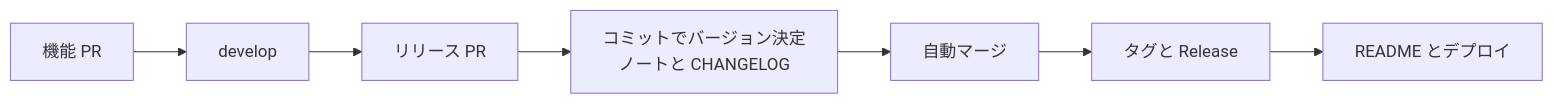
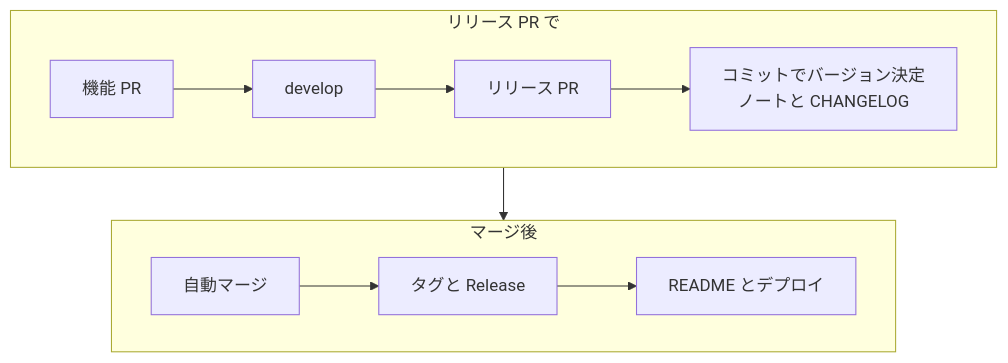
The first of 2 diagrams in README.ja.md (Twin-Fang/project-auto-wizard), drawn with Mermaid before and after one commit. The commit also changed 3 other files, not shown here.

Commit message:
docs: README pr-flow 흐름도를 릴리스 PR과 머지 이후 두 줄로 나눔 (#416)

````diff
--- a/README.ja.md
+++ b/README.ja.md
@@ -123,4 +123,12 @@
 ```mermaid
-flowchart LR
-    A["機能 PR"] --> B["develop"] --> C["リリース PR"] --> D["コミットでバージョン決定<br/>ノートと CHANGELOG"] --> E["自動マージ"] --> F["タグと Release"] --> G["README とデプロイ"]
+flowchart TD
+    subgraph S1["リリース PR で"]
+        direction LR
+        A["機能 PR"] --> B["develop"] --> C["リリース PR"] --> D["コミットでバージョン決定<br/>ノートと CHANGELOG"]
+    end
+    subgraph S2["マージ後"]
+        direction LR
+        E["自動マージ"] --> F["タグと Release"] --> G["README とデプロイ"]
+    end
+    D --> E
 ```
````
